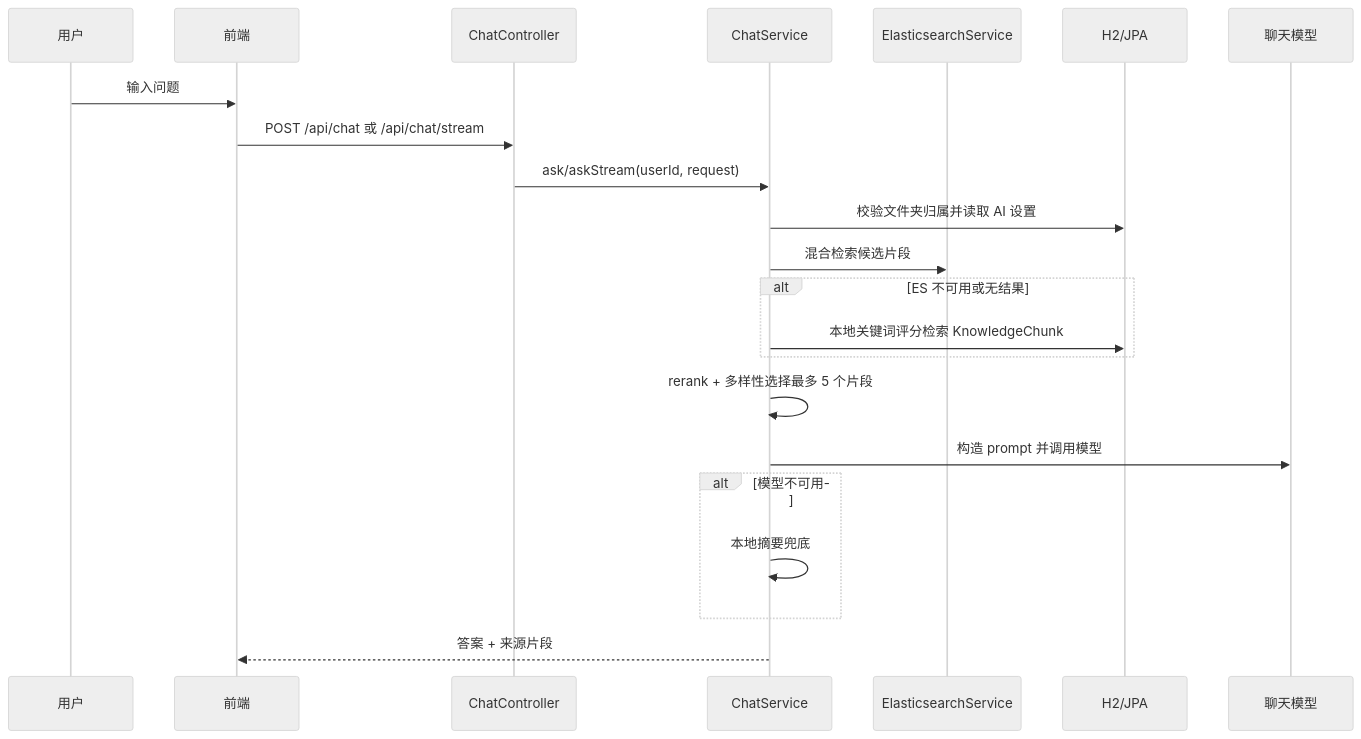
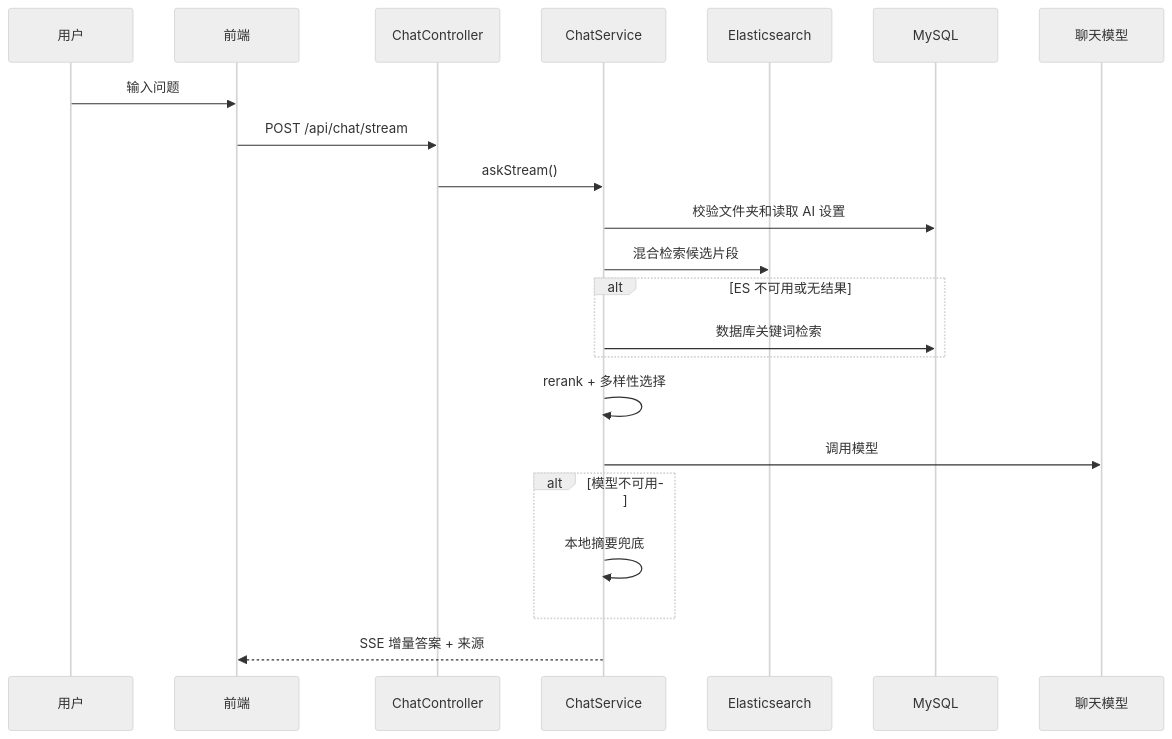
One commit to LinHonk1128/ips_java changed the sixth of 9 diagrams in docs/02-system-architecture.md. Above: the diagram before and after it, drawn with Mermaid (neutral theme). The commit also changed other lines of this file and 48 other files, not shown here.

````diff
--- a/docs/02-system-architecture.md
+++ b/docs/02-system-architecture.md
@@ -184,25 +192,25 @@
 ```mermaid
 sequenceDiagram
-    participant User as 用户
+    participant U as 用户
     participant FE as 前端
     participant API as ChatController
     participant CS as ChatService
-    participant ES as ElasticsearchService
-    participant DB as H2/JPA
+    participant ES as Elasticsearch
+    participant DB as MySQL
     participant LLM as 聊天模型
 
-    User->>FE: 输入问题
-    FE->>API: POST /api/chat 或 /api/chat/stream
-    API->>CS: ask/askStream(userId, request)
-    CS->>DB: 校验文件夹归属并读取 AI 设置
+    U->>FE: 输入问题
+    FE->>API: POST /api/chat/stream
+    API->>CS: askStream()
+    CS->>DB: 校验文件夹和读取 AI 设置
     CS->>ES: 混合检索候选片段
     alt ES 不可用或无结果
-        CS->>DB: 本地关键词评分检索 KnowledgeChunk
+        CS->>DB: 数据库关键词检索
     end
-    CS->>CS: rerank + 多样性选择最多 5 个片段
-    CS->>LLM: 构造 prompt 并调用模型
+    CS->>CS: rerank + 多样性选择
+    CS->>LLM: 调用模型
     alt 模型不可用
         CS->>CS: 本地摘要兜底
     end
-    CS-->>FE: 答案 + 来源片段
+    CS-->>FE: SSE 增量答案 + 来源
 ```
````
